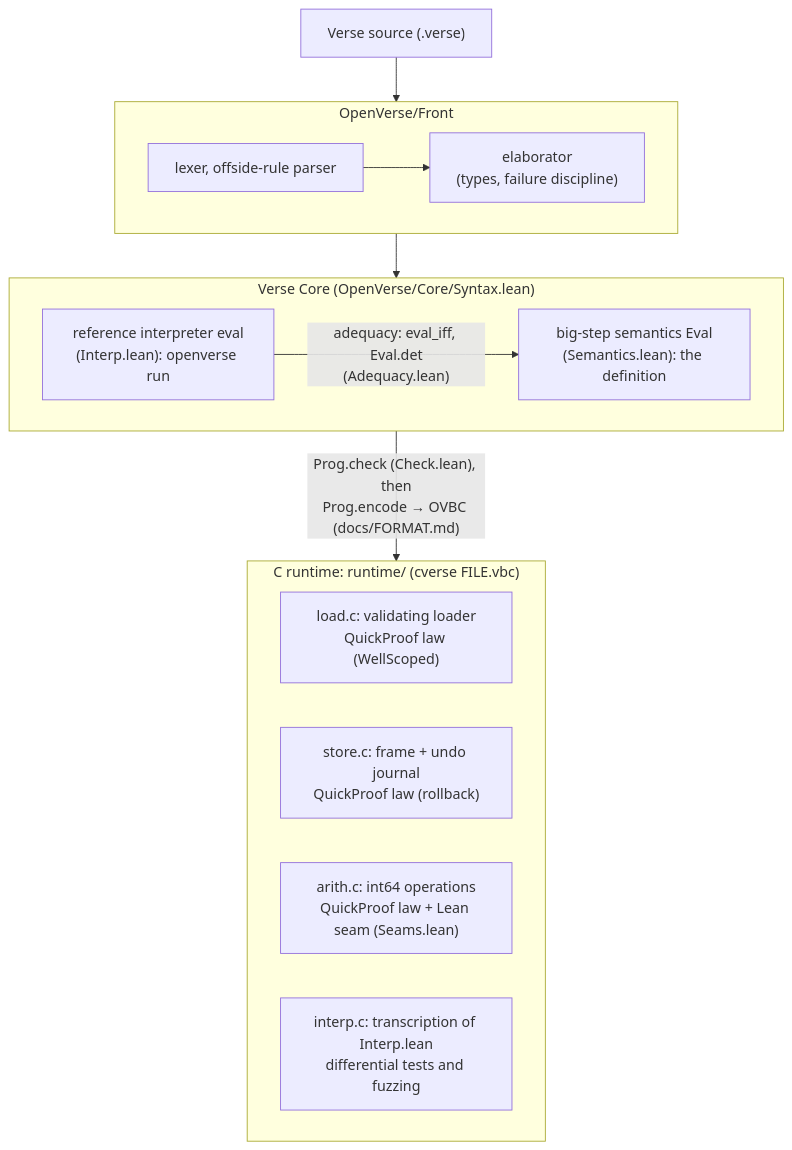
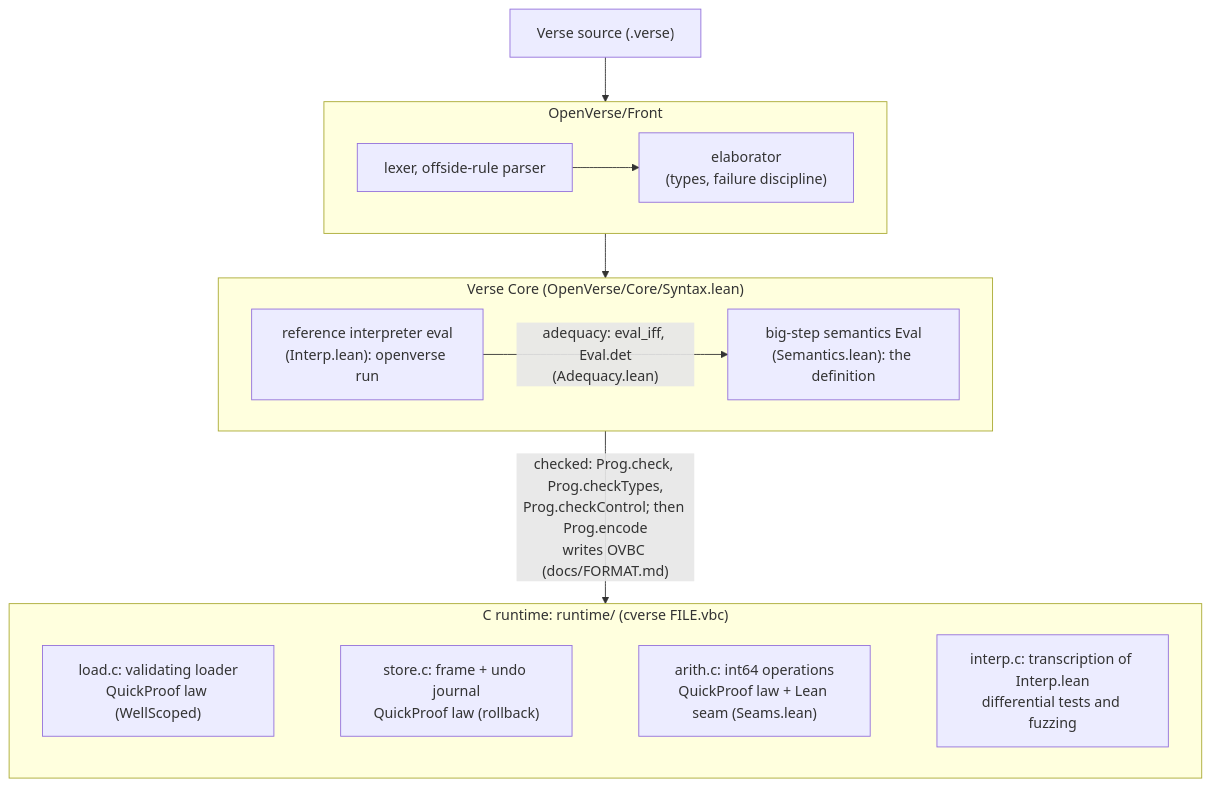
One commit to rudi-cilibrasi/openverse changed the diagram in README.md. Above: the diagram before and after it, drawn with Mermaid. The commit also changed 5 other files, not shown here.

First line of the commit message:
Docs: review fixes for the diagrams

````diff
--- a/README.md
+++ b/README.md
@@ -28,22 +28,24 @@
 ```mermaid
 flowchart TD
     src["Verse source (.verse)"]
     subgraph front["OpenVerse/Front"]
         direction LR
         parse["lexer, offside-rule parser"] --> elab["elaborator<br/>(types, failure discipline)"]
     end
     subgraph core["Verse Core (OpenVerse/Core/Syntax.lean)"]
         sem["big-step semantics Eval<br/>(Semantics.lean): the definition"]
         interp["reference interpreter eval<br/>(Interp.lean): openverse run"]
         interp -- "adequacy: eval_iff, Eval.det<br/>(Adequacy.lean)" --> sem
     end
     subgraph c["C runtime: runtime/ (cverse FILE.vbc)"]
+        direction LR
         load["load.c: validating loader<br/>QuickProof law (WellScoped)"]
         store["store.c: frame + undo journal<br/>QuickProof law (rollback)"]
         arith["arith.c: int64 operations<br/>QuickProof law + Lean seam (Seams.lean)"]
         cint["interp.c: transcription of Interp.lean<br/>differential tests and fuzzing"]
+        load ~~~ store ~~~ arith ~~~ cint
     end
     src --> front
     front --> core
-    core -- "Prog.check (Check.lean), then<br/>Prog.encode → OVBC (docs/FORMAT.md)" --> c
+    core -- "checked: Prog.check, Prog.checkTypes,<br/>Prog.checkControl; then Prog.encode<br/>writes OVBC (docs/FORMAT.md)" --> c
 ```
````
